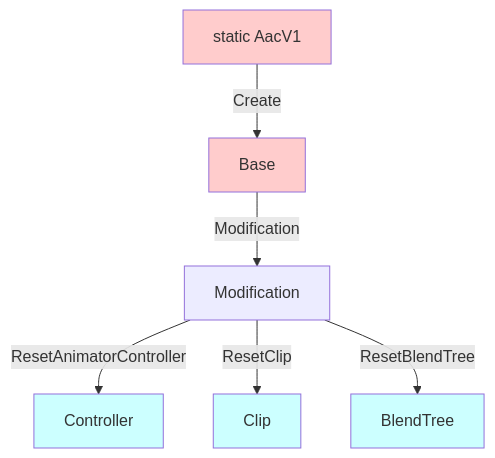
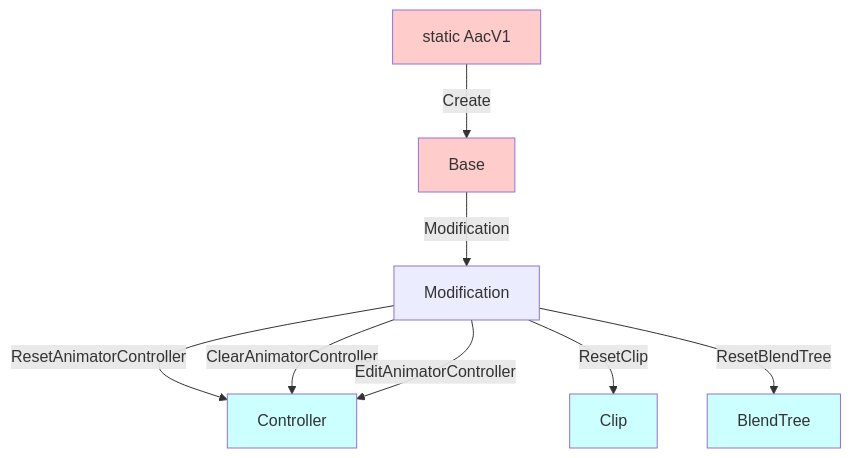
Before and after one commit to hai-vr/documentation: the diagram in docs/products/animator-as-code/functions/modification.md, drawn with Mermaid. The commit also changed other lines of this file and 1 other file, not shown here.

````diff
--- a/docs/products/animator-as-code/functions/modification.md
+++ b/docs/products/animator-as-code/functions/modification.md
@@ -24,13 +26,15 @@
 ```mermaid
 graph TD;
     AacV1[static AacV1]:::roots-->|Create|Base:::roots;
     Base-->|Modification|Modification
     
     Modification-->|ResetAnimatorController|Controller:::focus;
     Modification-->|ResetClip|Clip:::focus;
     Modification-->|ResetBlendTree|BlendTree:::focus;
+    Modification-->|ClearAnimatorController|Controller:::focus;
+    Modification-->|EditAnimatorController|Controller:::focus;
     
     classDef disabled fill:#CCC
     classDef roots fill:#FCC
     classDef focus fill:#CFF
 ```
````
